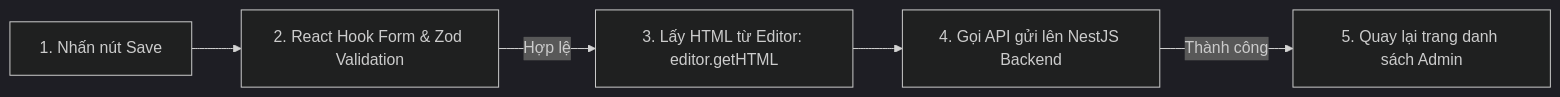
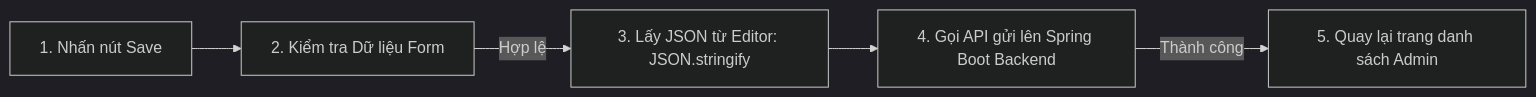
Before and after one commit to pkucpkam/langwhich-website-project: the diagram in system-architecture/frontend/theory.md, drawn with Mermaid (dark theme). The commit also changed other lines of this file, not shown here.

Commit message:
docs: update theory module architecture technical details to match Spring Boot + PostgreSQL

````diff
--- a/system-architecture/frontend/theory.md
+++ b/system-architecture/frontend/theory.md
@@ -37,7 +39,7 @@
 ```mermaid
 graph LR
-    SUBMIT[1. Nhấn nút Save] --> VALIDATE[2. React Hook Form & Zod Validation]
-    VALIDATE -->|Hợp lệ| EXTRACT[3. Lấy HTML từ Editor: editor.getHTML]
-    EXTRACT --> API[4. Gọi API gửi lên NestJS Backend]
+    SUBMIT[1. Nhấn nút Save] --> VALIDATE[2. Kiểm tra Dữ liệu Form]
+    VALIDATE -->|Hợp lệ| EXTRACT[3. Lấy JSON từ Editor: JSON.stringify]
+    EXTRACT --> API[4. Gọi API gửi lên Spring Boot Backend]
     API -->|Thành công| REDIRECT[5. Quay lại trang danh sách Admin]
 ```
````
